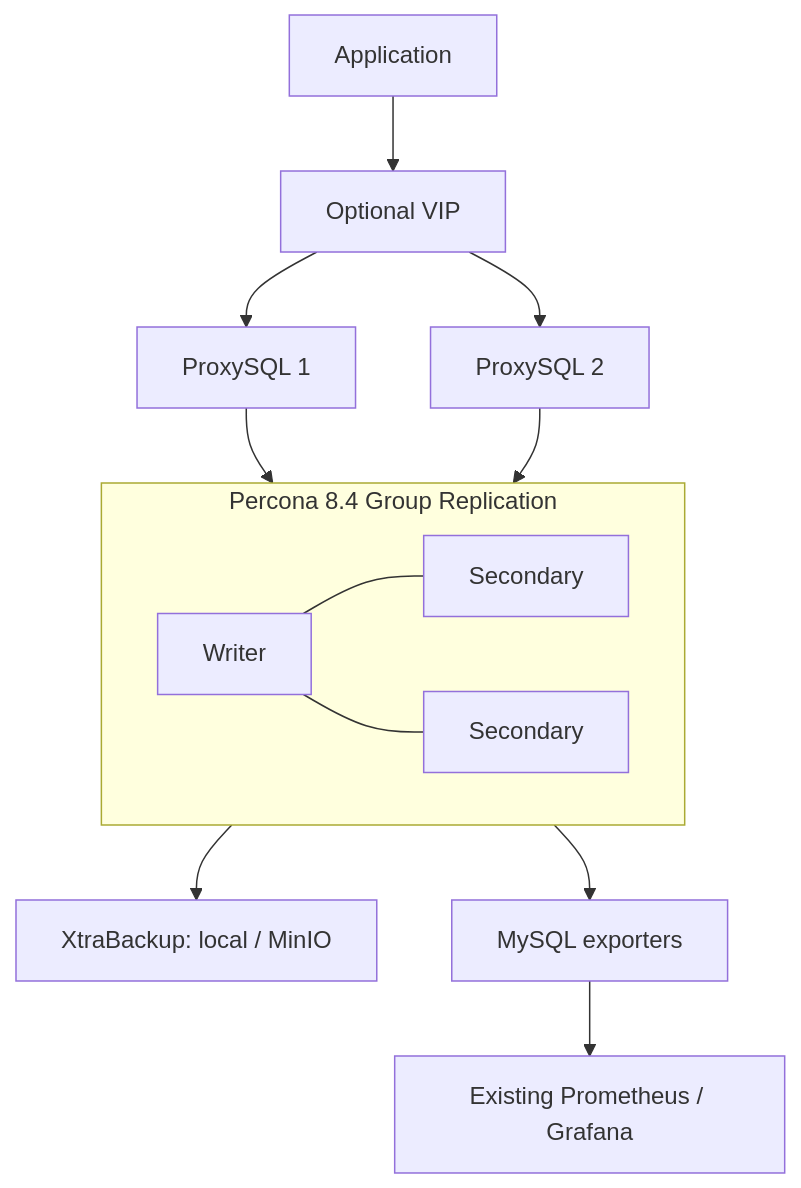
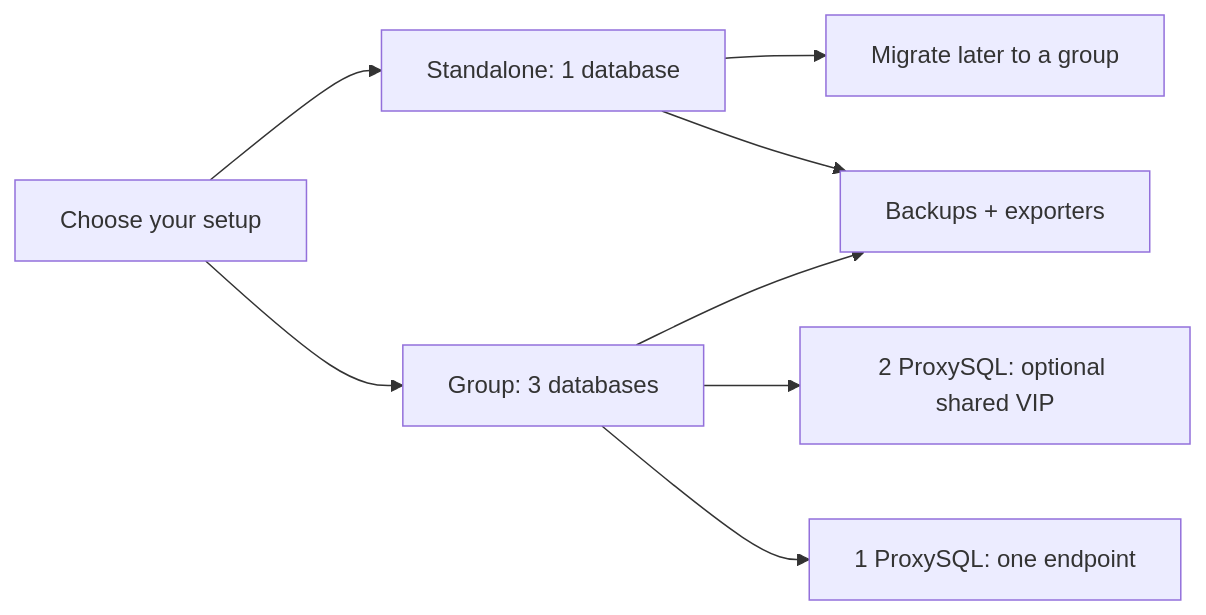
One commit to OT-OSM/percona_server changed the diagram in README.md. Above: the diagram before and after it, drawn with Mermaid. The commit also changed other lines of this file and 44 other files, not shown here.

````diff
--- a/README.md
+++ b/README.md
@@ -5,15 +14,10 @@
 ```mermaid
-flowchart TB
-  A[Application] --> V[Optional VIP]
-  V --> P1[ProxySQL 1]
-  V --> P2[ProxySQL 2]
-  P1 --> G
-  P2 --> G
-  subgraph G[Percona 8.4 Group Replication]
-    D1[Writer] --- D2[Secondary]
-    D1 --- D3[Secondary]
-  end
-  G --> B[XtraBackup: local / MinIO]
-  G --> E[MySQL exporters]
-  E --> M[Existing Prometheus / Grafana]
+flowchart LR
+  A[Choose your setup] --> S[Standalone: 1 database]
+  A --> G[Group: 3 databases]
+  G --> P2[2 ProxySQL: optional shared VIP]
+  G --> P1[1 ProxySQL: one endpoint]
+  S --> M[Migrate later to a group]
+  S --> B[Backups + exporters]
+  G --> B
 ```
````
